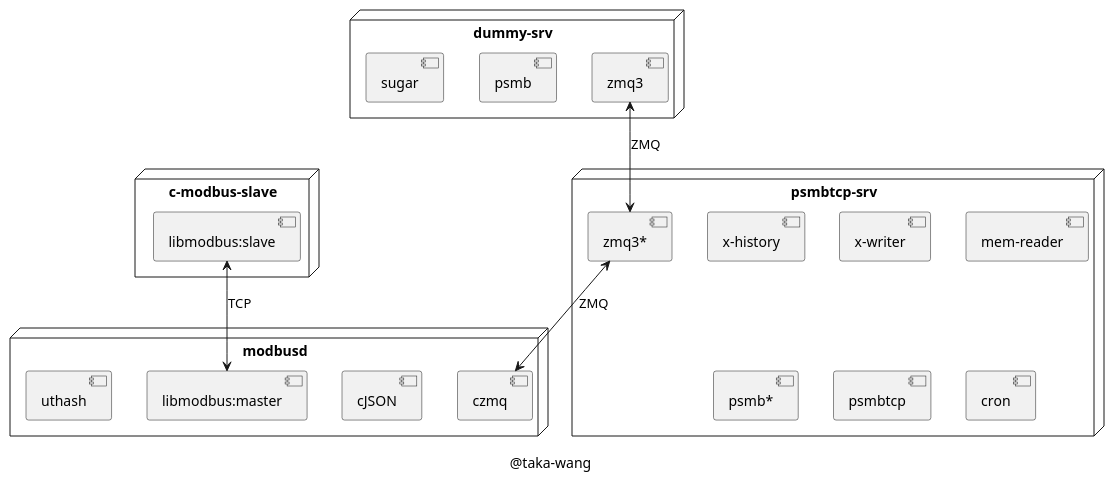
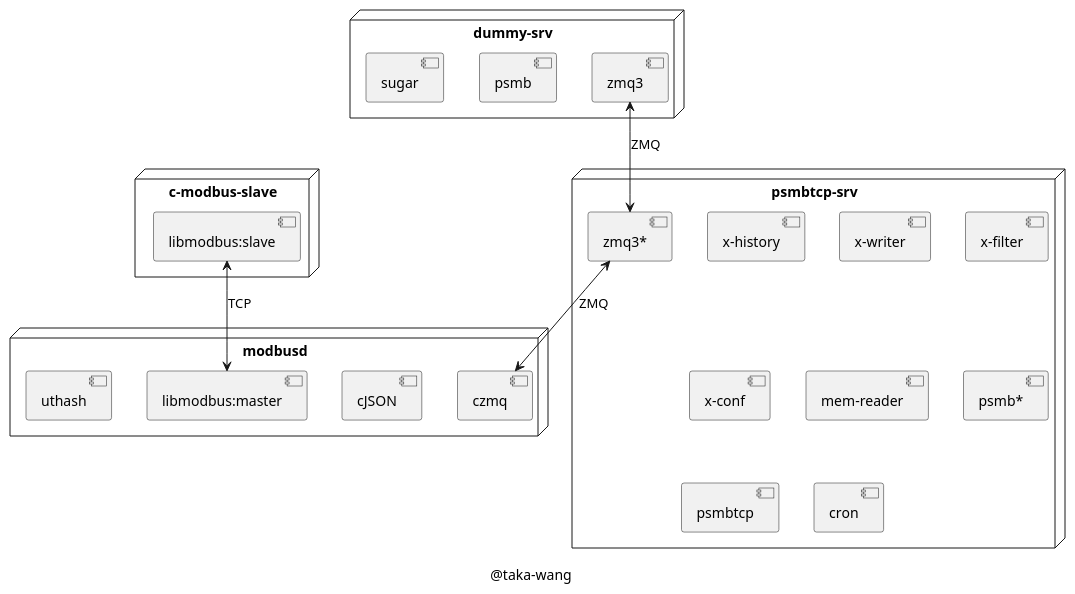
Before and after one commit to taka-wang/puml: the diagram in deployment/psmb.puml, drawn with PlantUML. The commit also changed 1 other file, not shown here.

Commit message:
update deployment diagram

```diff
--- a/deployment/psmb.puml
+++ b/deployment/psmb.puml
@@ -1,38 +1,40 @@
 @startuml
 
 node dummy-srv{
     [zmq3]
     [psmb]
 	[sugar]
 }
 
 node psmbtcp-srv{
     [zmq3*]
 	[x-history]
     [x-writer]
+    [x-filter]
+    [x-conf]
     [mem-reader]
     [psmb*]
     [psmbtcp]
 	[cron]
 }
 
 node modbusd {
 	[libmodbus:master]
 	[cJSON]
     [czmq]
 	[uthash]
 }
 
 node c-modbus-slave{
 	[libmodbus:slave]
 }
 
 'left to right direction
 
 [zmq3] <--> [zmq3*]: ZMQ
 [zmq3*] <--> [czmq]: ZMQ
 [libmodbus:slave]<-->[libmodbus:master]  : TCP
 
 caption @taka-wang
 
 @enduml
```
